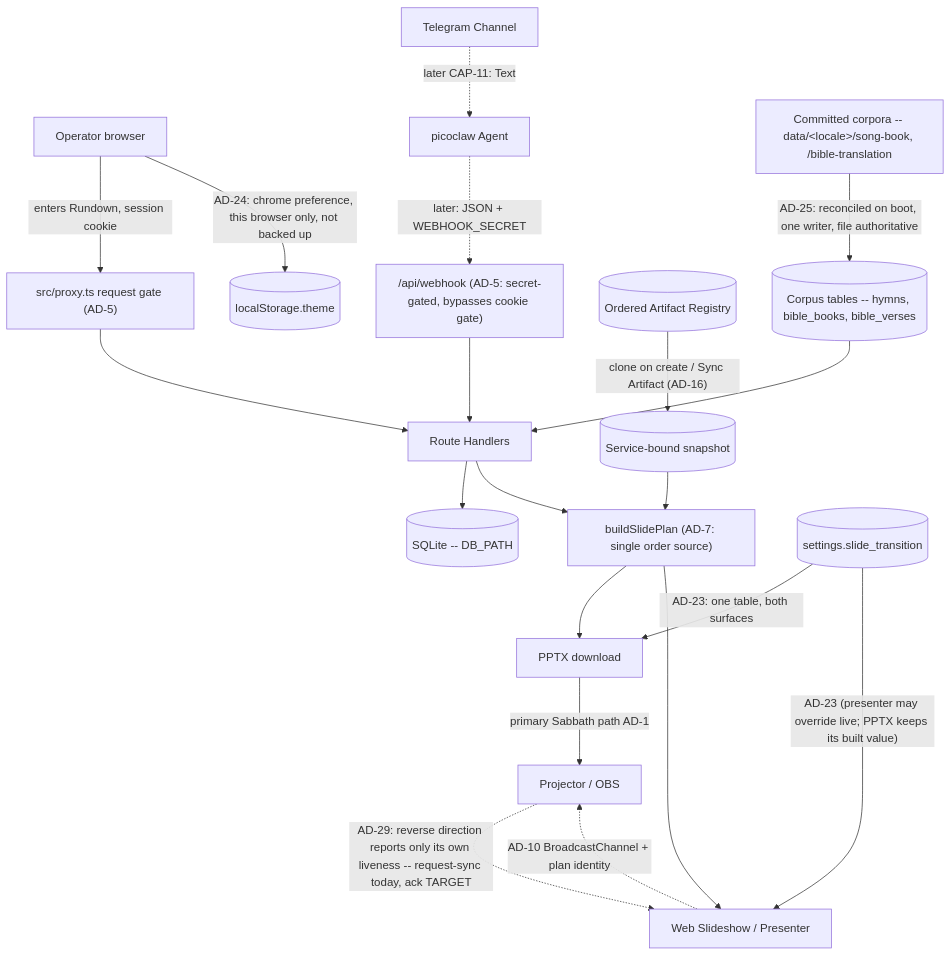
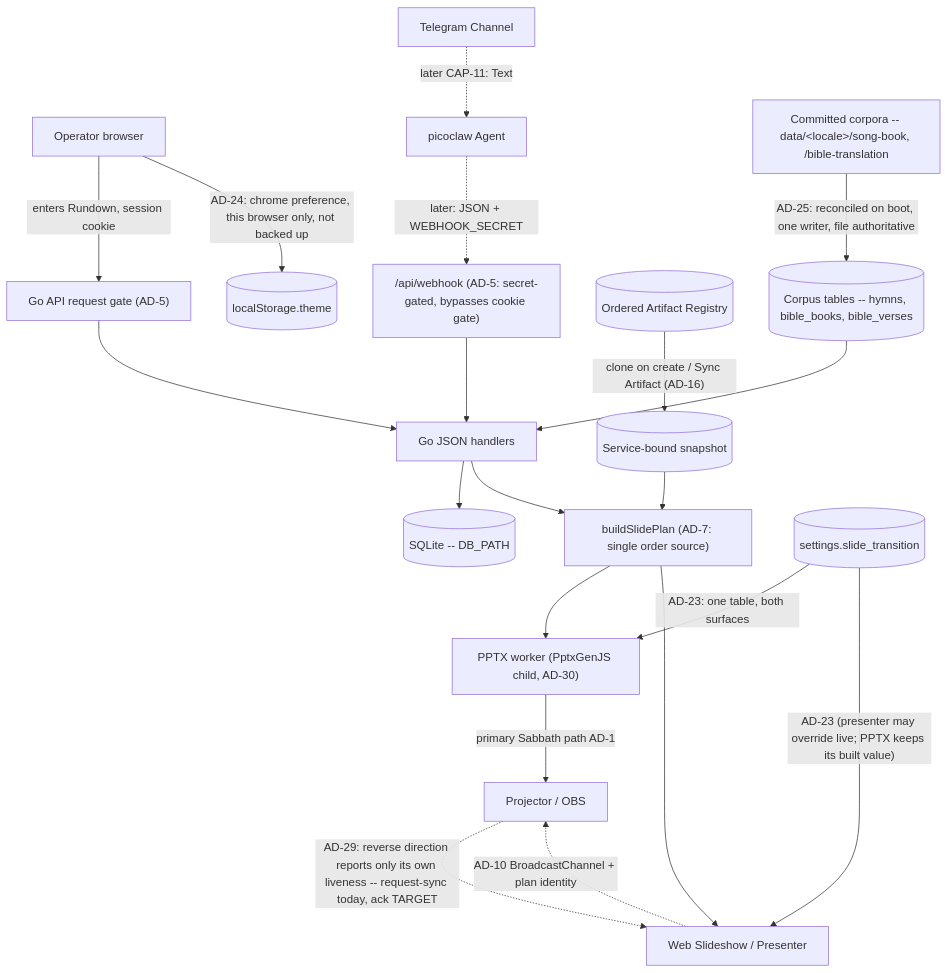
Before and after one commit to wiradigitalid/worship-presenter-web: the first of 2 diagrams in .how/_platform/ARCHITECTURE-SPINE.md, drawn with Mermaid. The commit also changed other lines of this file and 87 other files, not shown here.

First line of the commit message:
feat: serve offline PPTX from a Go API and on-demand worker

````diff
--- a/.how/_platform/ARCHITECTURE-SPINE.md
+++ b/.how/_platform/ARCHITECTURE-SPINE.md
@@ -285,22 +291,22 @@
 ```mermaid
 graph TD
-    Operator[Operator browser] -->|enters Rundown, session cookie| Gate["src/proxy.ts request gate (AD-5)"]
-    Gate --> API[Route Handlers]
+    Operator[Operator browser] -->|enters Rundown, session cookie| Gate["Go API request gate (AD-5)"]
+    Gate --> API[Go JSON handlers]
     Telegram[Telegram Channel] -.->|"later CAP-11: Text"| Picoclaw[picoclaw Agent]
     Picoclaw -.->|"later: JSON + WEBHOOK_SECRET"| Webhook["/api/webhook (AD-5: secret-gated, bypasses cookie gate)"]
     Webhook --> API
     API --> DB[(SQLite -- DB_PATH)]
     CorpusFiles["Committed corpora -- data/&lt;locale&gt;/song-book, /bible-translation"] -->|"AD-25: reconciled on boot, one writer, file authoritative"| Corpus[(Corpus tables -- hymns, bible_books, bible_verses)]
     Corpus --> API
     API --> Plan["buildSlidePlan (AD-7: single order source)"]
     Registry[(Ordered Artifact Registry)] -->|"clone on create / Sync Artifact (AD-16)"| Snap[(Service-bound snapshot)]
     Snap --> Plan
-    Plan --> PPTX[PPTX download]
+    Plan --> PPTX["PPTX worker (PptxGenJS child, AD-30)"]
     Plan --> WebShow[Web Slideshow / Presenter]
     Settings[(settings.slide_transition)] -->|"AD-23: one table, both surfaces"| PPTX
     Settings -->|"AD-23 (presenter may override live; PPTX keeps its built value)"| WebShow
     PPTX -->|primary Sabbath path AD-1| Projector[Projector / OBS]
     WebShow -.->|"AD-10 BroadcastChannel + plan identity"| Projector
     Projector -.->|"AD-29: reverse direction reports only its own liveness -- request-sync today, ack TARGET"| WebShow
     Operator -->|"AD-24: chrome preference, this browser only, not backed up"| Theme[("localStorage.theme")]
 ```
````
